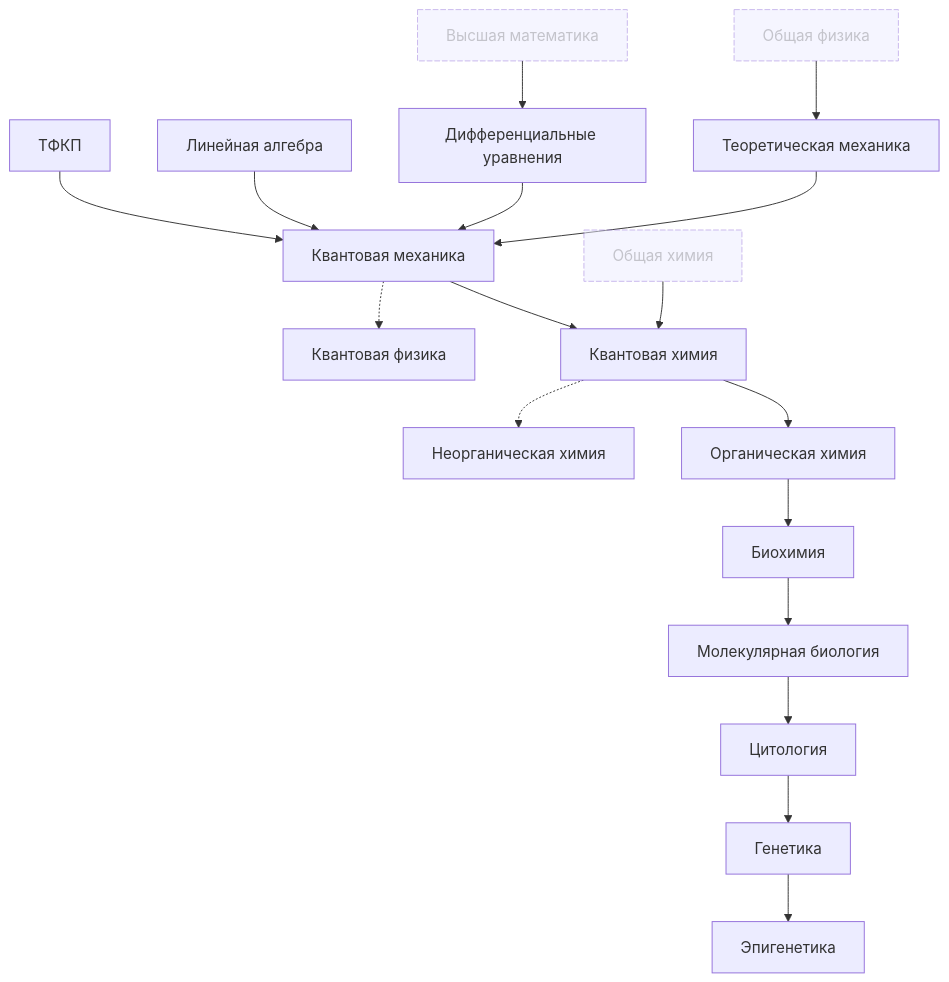
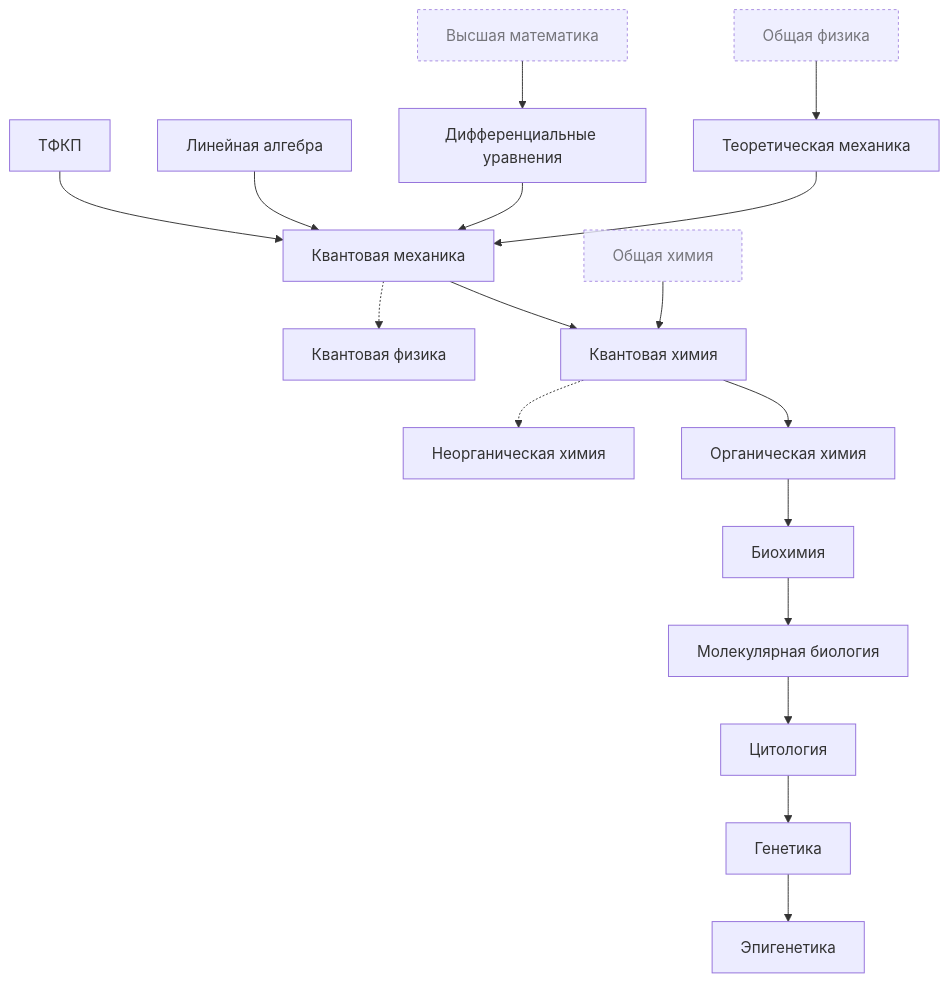
The diagram in learning-tracks.md (prozion/anti-aging-education), drawn with Mermaid before and after one commit.

````diff
--- a/learning-tracks.md
+++ b/learning-tracks.md
@@ -7,34 +7,34 @@
 ```mermaid
 flowchart TD;
     Mgen[Высшая математика]:::cond;
     Linal[Линейная алгебра]
     Diffur[Дифференциальные уравнения]
     Tfkp[ТФКП]
     Phgen[Общая физика]:::cond;
     Teormech[Теоретическая механика]
     Qmech[Квантовая механика];
     Phq[Квантовая физика];
     Chgen[Общая химия]:::cond;
     Chnorg[Неорганическая химия];
     Chorg[Органическая химия];
     Chq[Квантовая химия];
     Bioch[Биохимия];
     Molb[Молекулярная биология]
     Cyt[Цитология]
     Gen[Генетика]
     Epi[Эпигенетика]
 
     Chgen --> Chq --> Chorg --> Bioch --> Molb --> Cyt --> Gen --> Epi;
     Chq -.-> Chnorg;
     Phgen --> Teormech --> Qmech --> Chq;
     Mgen --> Diffur --> Qmech;
     Qmech -.-> Phq;
     Linal --> Qmech;
     Tfkp --> Qmech;
 
-    classDef cond stroke-dasharray:6 2,opacity:0.5;
+    classDef cond stroke-dasharray:3,opacity:0.8;
 
     click Tfkp callback "Теория функций комплексного переменного"
     click Chorg href "https://github.com/prozion/anti-aging-education/#органическая-химия" _blank
     click Chq "https://github.com/prozion/anti-aging-education/#квантовая-химия" _blank
 ```
````
